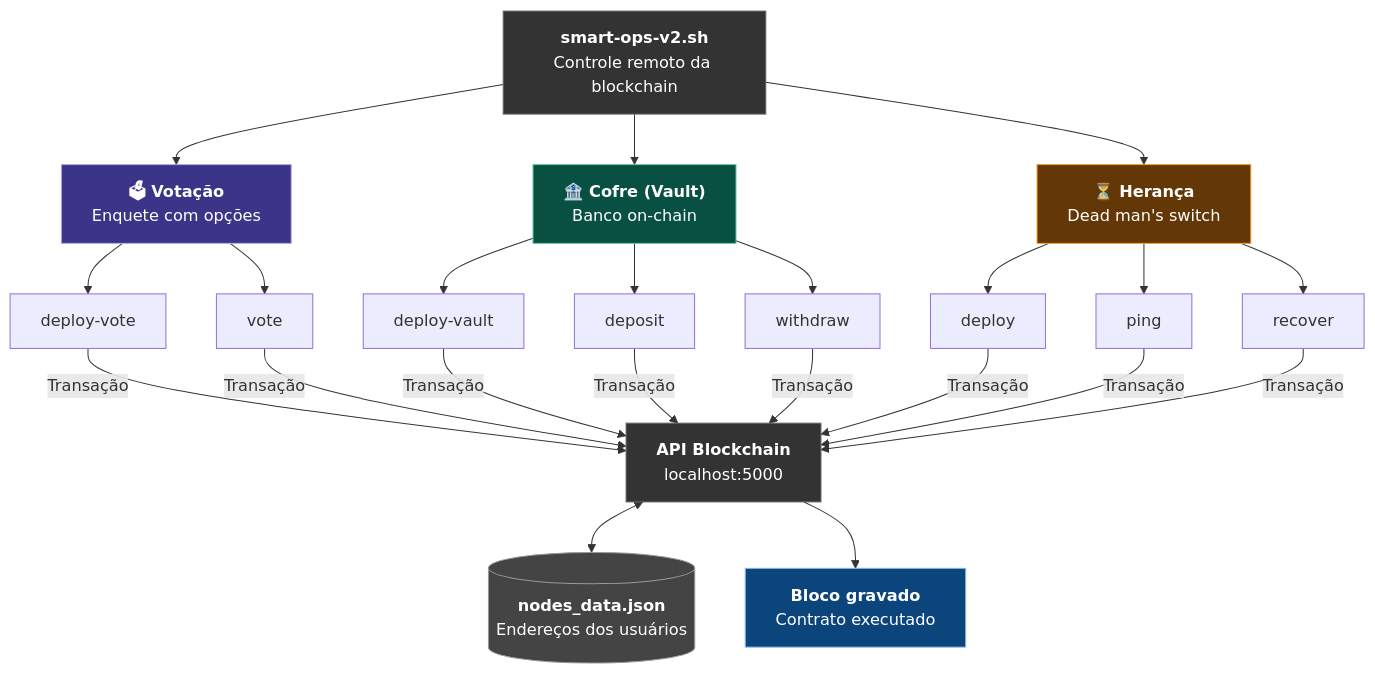
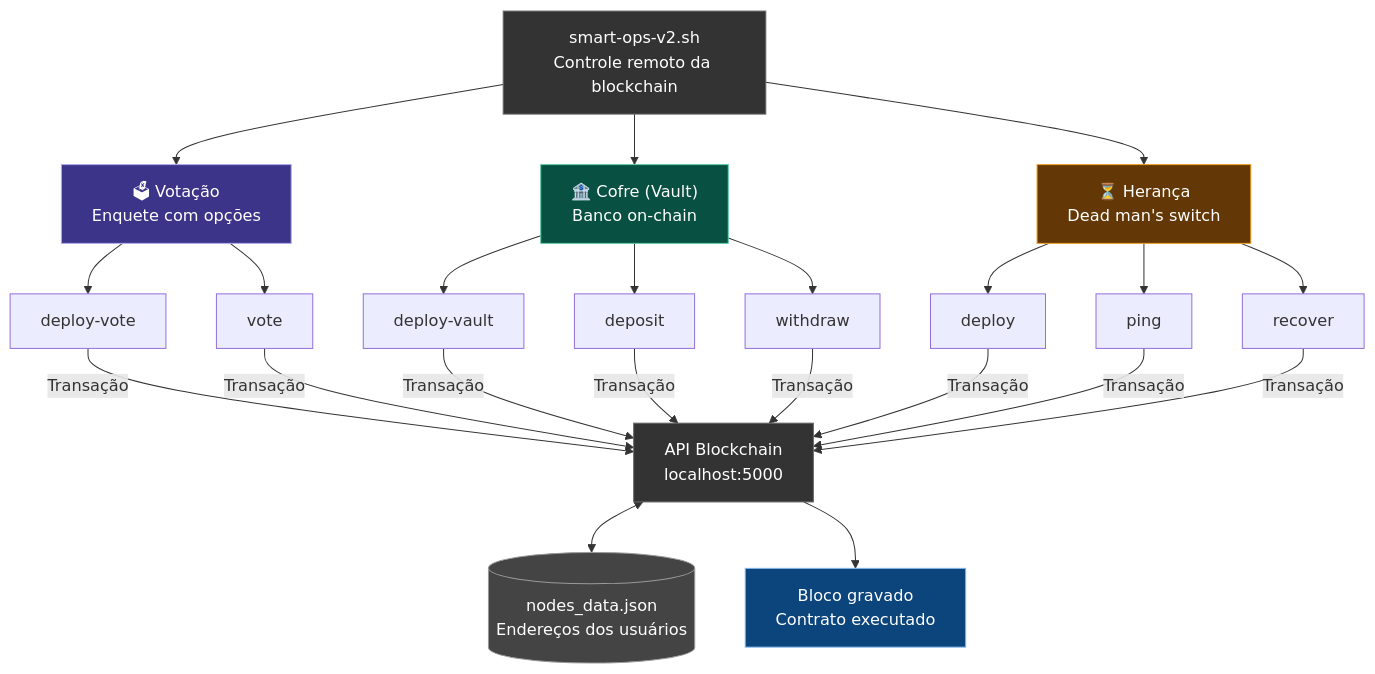
The diagram in src/contracts/README.md (dodopontocom/mini-blockchain), drawn with Mermaid before and after one commit. The commit also changed other lines of this file, not shown here.

````diff
--- a/src/contracts/README.md
+++ b/src/contracts/README.md
@@ -13,49 +15,57 @@
 ```mermaid
 graph TD
     %% Nodes
-    Script["<b>smart-ops-v2.sh</b><br/>Controle remoto da blockchain"]
+    Script["smart-ops-v2.sh<br/>Controle remoto da blockchain"]
 
-    Voting["<b>🗳 Votação</b><br/>Enquete com opções"]
-    Vault["<b>🏦 Cofre (Vault)</b><br/>Banco on-chain"]
-    Heritage["<b>⏳ Herança</b><br/>Dead man's switch"]
+    Voting["🗳 Votação<br/>Enquete com opções"]
+    Vault["🏦 Cofre (Vault)<br/>Banco on-chain"]
+    Heritage["⏳ Herança<br/>Dead man's switch"]
 
     V1[deploy-vote]
     V2[vote]
     VA1[deploy-vault]
     VA2[deposit]
     VA3[withdraw]
     H1[deploy]
     H2[ping]
     H3[recover]
 
-    API["<b>API Blockchain</b><br/>localhost:5000"]
-    Nodes[("<b>nodes_data.json</b><br/>Endereços dos usuários")]
-    Block["<b>Bloco gravado</b><br/>Contrato executado"]
+    API["API Blockchain<br/>localhost:5000"]
+    Nodes[("nodes_data.json<br/>Endereços dos usuários")]
+    Block["Bloco gravado<br/>Contrato executado"]
 
     %% Connections
     Script --> Voting
     Script --> Vault
     Script --> Heritage
 
     Voting --> V1
     Voting --> V2
     Vault --> VA1
     Vault --> VA2
     Vault --> VA3
     Heritage --> H1
     Heritage --> H2
     Heritage --> H3
 
-    V1 & V2 & VA1 & VA2 & VA3 & H1 & H2 & H3 -- "Transação" --> API
+    V1 -- "Transação" --> API
+    V2 -- "Transação" --> API
+    VA1 -- "Transação" --> API
+    VA2 -- "Transação" --> API
+    VA3 -- "Transação" --> API
+    H1 -- "Transação" --> API
+    H2 -- "Transação" --> API
+    H3 -- "Transação" --> API
+
     API <--> Nodes
     API --> Block
 
     %% Styling
     style Script fill:#333,stroke:#666,color:#fff
     style Voting fill:#3c3489,stroke:#afa9ec,color:#fff
     style Vault fill:#085041,stroke:#5dcaa5,color:#fff
     style Heritage fill:#633806,stroke:#ef9f27,color:#fff
     style API fill:#333,stroke:#666,color:#fff
     style Block fill:#0c447c,stroke:#85b7eb,color:#fff
     style Nodes fill:#444,stroke:#999,color:#fff
 ```
````
